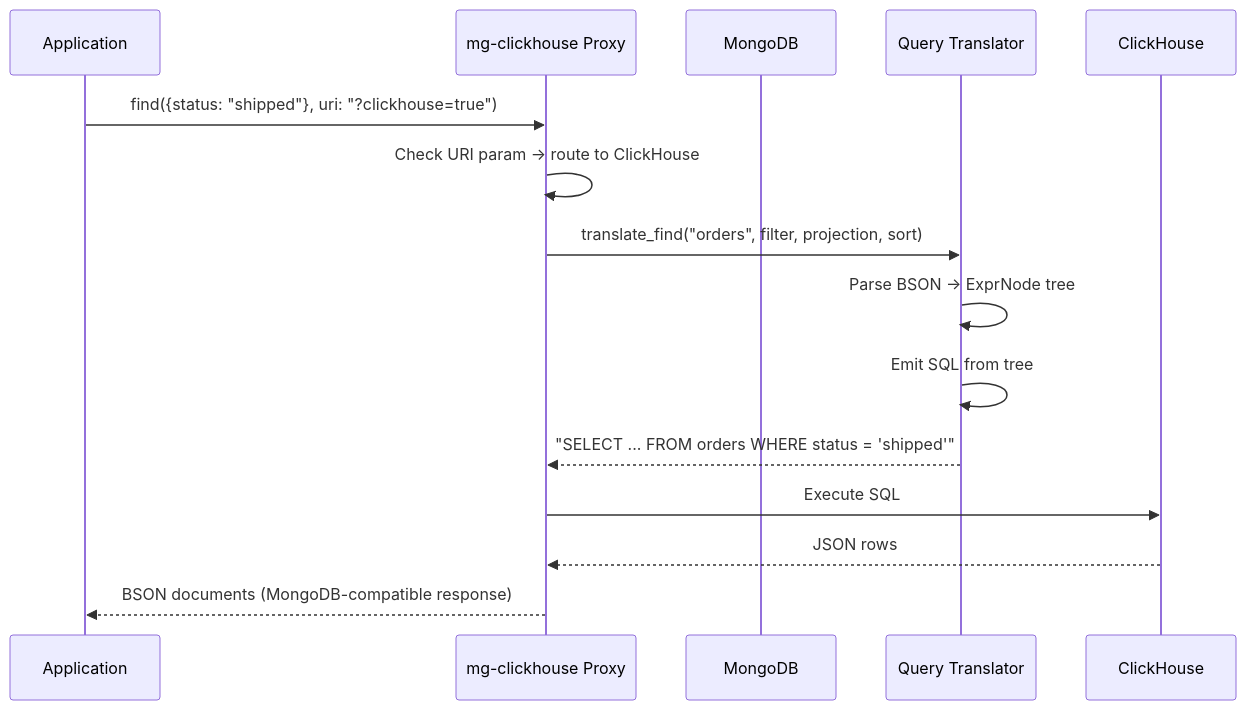
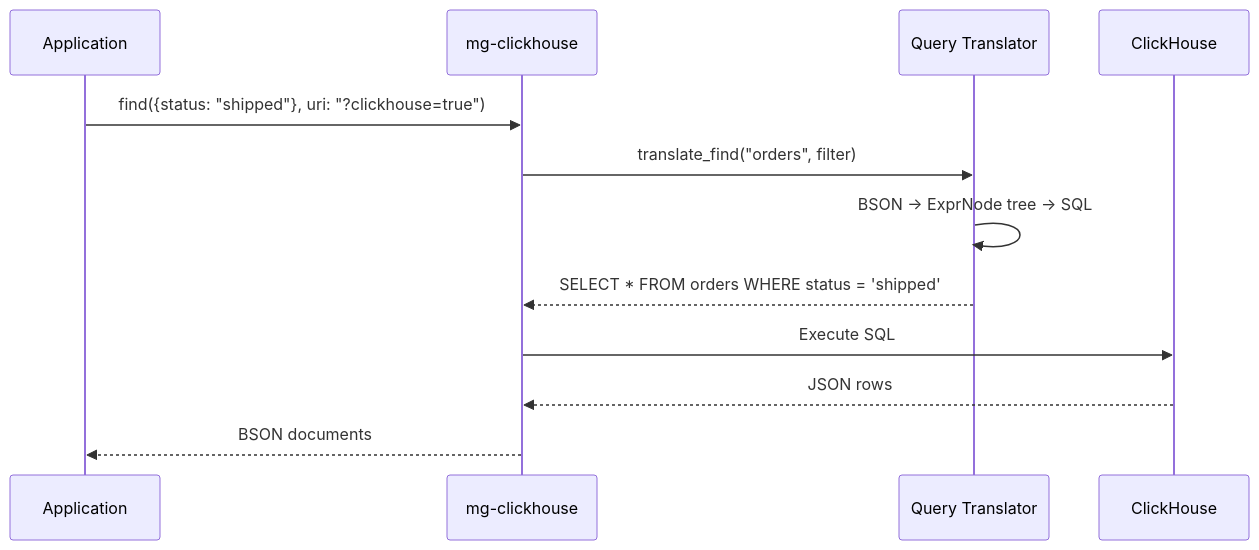
Before and after one commit to mrityunjaysharma/mongo-flux: the ninth of 14 diagrams in docs/design.md, drawn with Mermaid. The commit also changed other lines of this file and 1 other file, not shown here.

````diff
--- a/docs/design.md
+++ b/docs/design.md
@@ -251,18 +304,15 @@
 ```mermaid
 sequenceDiagram
     participant App as Application
-    participant MGC as mg-clickhouse Proxy
-    participant MG as MongoDB
+    participant MGC as mg-clickhouse
     participant QT as Query Translator
     participant CH as ClickHouse
 
     App->>MGC: find({status: "shipped"}, uri: "?clickhouse=true")
-    MGC->>MGC: Check URI param → route to ClickHouse
-    MGC->>QT: translate_find("orders", filter, projection, sort)
-    QT->>QT: Parse BSON → ExprNode tree
-    QT->>QT: Emit SQL from tree
-    QT-->>MGC: "SELECT ... FROM orders WHERE status = 'shipped'"
+    MGC->>QT: translate_find("orders", filter)
+    QT->>QT: BSON → ExprNode tree → SQL
+    QT-->>MGC: SELECT * FROM orders WHERE status = 'shipped'
     MGC->>CH: Execute SQL
     CH-->>MGC: JSON rows
-    MGC-->>App: BSON documents (MongoDB-compatible response)
+    MGC-->>App: BSON documents
 ```
````
